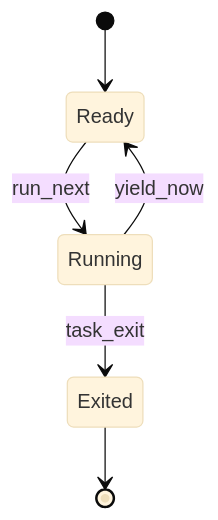
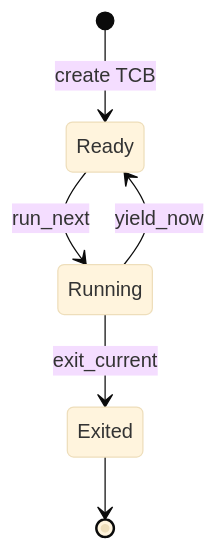
The first of 2 diagrams in docs/labs/lab5.md (yicanzhang776-tech/os), drawn with Mermaid (base theme) before and after one commit. The commit also changed other lines of this file and 4 other files, not shown here.

````diff
--- a/docs/labs/lab5.md
+++ b/docs/labs/lab5.md
@@ -68,8 +125,8 @@
 ```mermaid
 stateDiagram-v2
-    [*] --> Ready
+    [*] --> Ready: create TCB
     Ready --> Running: run_next
     Running --> Ready: yield_now
-    Running --> Exited: task_exit
+    Running --> Exited: exit_current
     Exited --> [*]
 ```
````
